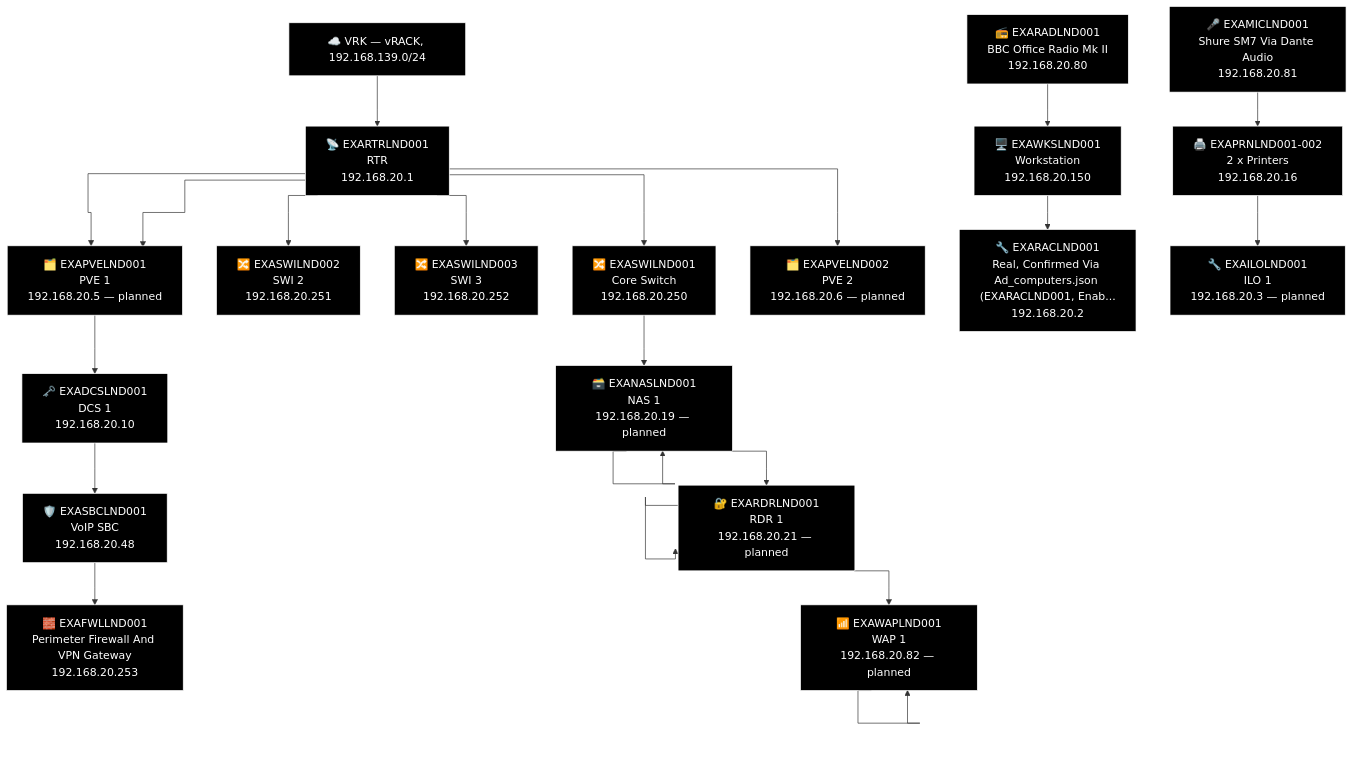
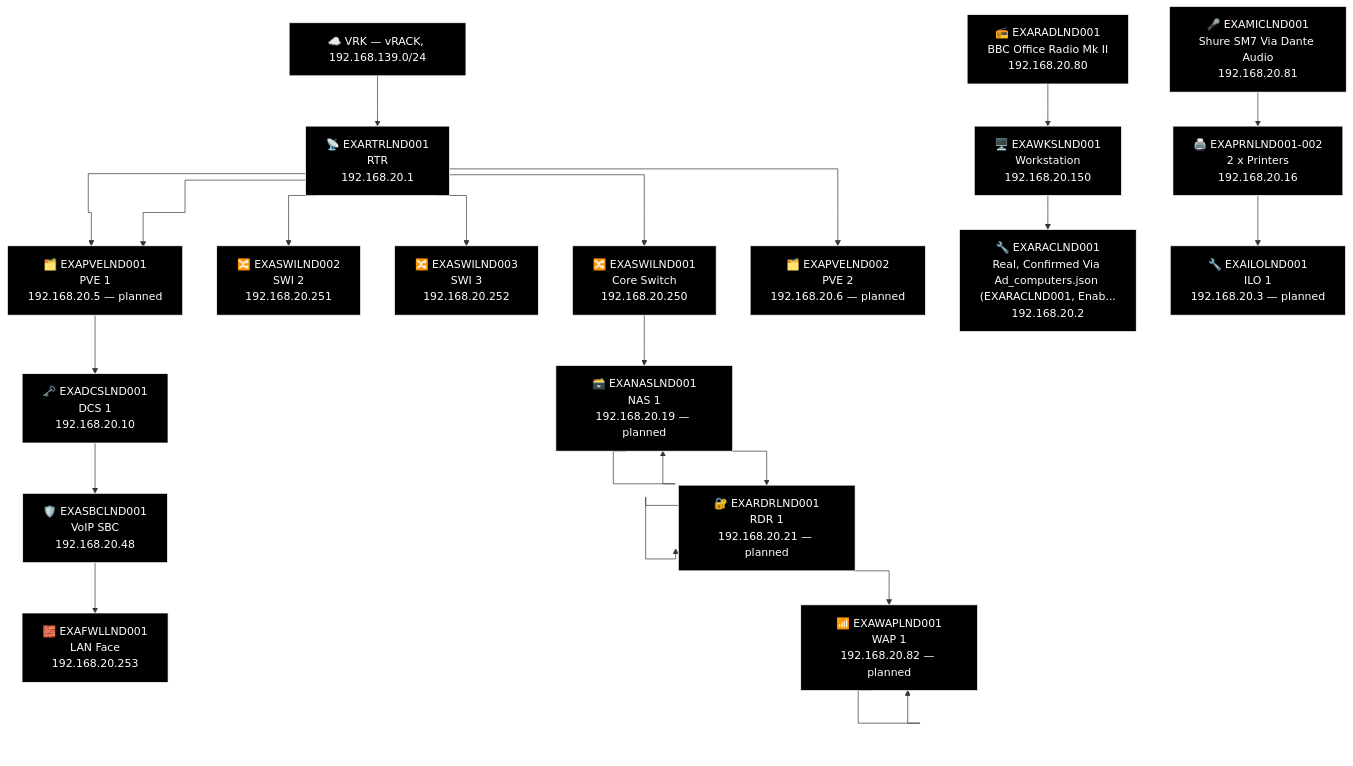
Before and after one commit to knightmare2600/example_music_infra: the third of 27 diagrams in docs/network-diagram/england.md, drawn with Mermaid. The commit also changed other lines of this file and 9 other files, not shown here.

````diff
--- a/docs/network-diagram/england.md
+++ b/docs/network-diagram/england.md
@@ -97,63 +97,63 @@
 ```mermaid
 %% GENERATED:TOPOLOGY:LND:START
 %%{init: {'flowchart': {'curve': 'stepAfter'}}}%%
 graph TD
     T_VRK["☁️ VRK — vRACK, 192.168.139.0/24"]
     T_RTR["📡 EXARTRLND001<br/>RTR<br/>192.168.20.1"]
     T_VRK --> T_RTR
     T_PVE["🗂️ EXAPVELND001<br/>PVE 1<br/>192.168.20.5"]
     T_RTR --> T_PVE
     T_SWI["🔀 EXASWILND002<br/>SWI 2<br/>192.168.20.251"]
     T_RTR --> T_SWI
     T_SWI2["🔀 EXASWILND003<br/>SWI 3<br/>192.168.20.252"]
     T_RTR --> T_SWI2
     T_SWI3["🔀 EXASWILND001<br/>Core Switch<br/>192.168.20.250"]
     T_RTR --> T_SWI3
     T_PVE["🗂️ EXAPVELND001<br/>PVE 1<br/>192.168.20.5 — planned"]
     T_RTR --> T_PVE
     T_PVE2["🗂️ EXAPVELND002<br/>PVE 2<br/>192.168.20.6 — planned"]
     T_RTR --> T_PVE2
     T_NAS["🗃️ EXANASLND001<br/>NAS<br/>192.168.20.19"]
     T_NAS["🗃️ EXANASLND001<br/>NAS 1<br/>192.168.20.19 — planned"]
     T_RDR["🔐 EXARDRLND001<br/>RDR<br/>192.168.20.21"]
     T_RDR["🔐 EXARDRLND001<br/>RDR 1<br/>192.168.20.21 — planned"]
     T_WAP["📶 EXAWAPLND001<br/>WAP 1<br/>192.168.20.82"]
     T_WAP["📶 EXAWAPLND001<br/>WAP 1<br/>192.168.20.82 — planned"]
     T_SWI3 --> T_NAS --> T_NAS --> T_RDR --> T_RDR --> T_WAP --> T_WAP
     T_DCS["🗝️ EXADCSLND001<br/>DCS 1<br/>192.168.20.10"]
     T_SBC["🛡️ EXASBCLND001<br/>VoIP SBC<br/>192.168.20.48"]
-    T_FWL["🧱 EXAFWLLND001<br/>Perimeter Firewall And VPN Gateway<br/>192.168.20.253"]
+    T_FWL["🧱 EXAFWLLND001<br/>LAN Face<br/>192.168.20.253"]
     T_PVE --> T_DCS --> T_SBC --> T_FWL
     T_RAD["📻 EXARADLND001<br/>BBC Office Radio Mk II<br/>192.168.20.80"]
     T_MIC["🎤 EXAMICLND001<br/>Shure SM7 Via Dante Audio<br/>192.168.20.81"]
     T_WKS["🖥️ EXAWKSLND001<br/>Workstation<br/>192.168.20.150"]
     T_OTH_PRN["🖨️ EXAPRNLND001-002<br/>2 x Printers<br/>192.168.20.16"]
     T_RAC["🔧 EXARACLND001<br/>Real, Confirmed Via Ad_computers.json (EXARACLND001, Enab...<br/>192.168.20.2"]
     T_ILO["🔧 EXAILOLND001<br/>ILO 1<br/>192.168.20.3 — planned"]
     T_RAD --> T_WKS --> T_RAC
     T_MIC --> T_OTH_PRN --> T_ILO
     style T_VRK fill:#000000,stroke:#FFFFFF,color:#FFFFFF
     style T_RTR fill:#000000,stroke:#FFFFFF,color:#FFFFFF
     style T_PVE fill:#000000,stroke:#FFFFFF,color:#FFFFFF
     style T_SWI fill:#000000,stroke:#FFFFFF,color:#FFFFFF
     style T_SWI2 fill:#000000,stroke:#FFFFFF,color:#FFFFFF
     style T_SWI3 fill:#000000,stroke:#FFFFFF,color:#FFFFFF
     style T_PVE fill:#000000,stroke:#FFFFFF,color:#FFFFFF
     style T_PVE2 fill:#000000,stroke:#FFFFFF,color:#FFFFFF
     style T_NAS fill:#000000,stroke:#FFFFFF,color:#FFFFFF
     style T_NAS fill:#000000,stroke:#FFFFFF,color:#FFFFFF
     style T_RDR fill:#000000,stroke:#FFFFFF,color:#FFFFFF
     style T_RDR fill:#000000,stroke:#FFFFFF,color:#FFFFFF
     style T_WAP fill:#000000,stroke:#FFFFFF,color:#FFFFFF
     style T_WAP fill:#000000,stroke:#FFFFFF,color:#FFFFFF
     style T_DCS fill:#000000,stroke:#FFFFFF,color:#FFFFFF
     style T_SBC fill:#000000,stroke:#FFFFFF,color:#FFFFFF
     style T_FWL fill:#000000,stroke:#FFFFFF,color:#FFFFFF
     style T_RAD fill:#000000,stroke:#FFFFFF,color:#FFFFFF
     style T_MIC fill:#000000,stroke:#FFFFFF,color:#FFFFFF
     style T_WKS fill:#000000,stroke:#FFFFFF,color:#FFFFFF
     style T_OTH_PRN fill:#000000,stroke:#FFFFFF,color:#FFFFFF
     style T_RAC fill:#000000,stroke:#FFFFFF,color:#FFFFFF
     style T_ILO fill:#000000,stroke:#FFFFFF,color:#FFFFFF
 %% GENERATED:TOPOLOGY:LND:END
 ```
````
